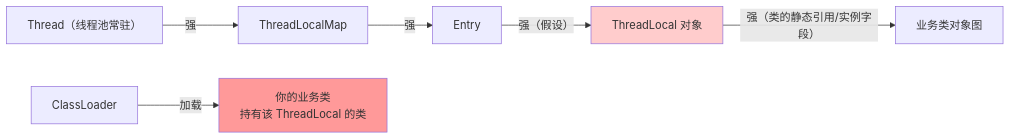
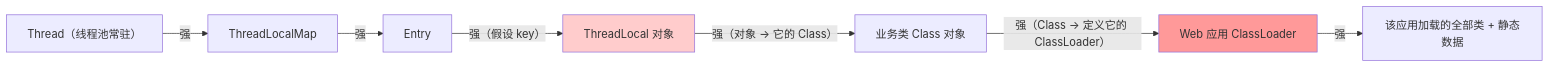
The second of 3 diagrams in kb/技术/Java/ThreadLocal 弱引用设计与内存泄漏.md (reallyhwc/ans-ai-auto-notes), drawn with Mermaid before and after one commit. The commit also changed other lines of this file and 4 other files, not shown here.

First line of the commit message:
docs(kb): ThreadLocal 笔记按 kb-auditor 审计修复（P0×3 + P1×4 + P2×4）

````diff
--- a/kb/技术/Java/ThreadLocal 弱引用设计与内存泄漏.md
+++ b/kb/技术/Java/ThreadLocal 弱引用设计与内存泄漏.md
@@ -112,11 +112,12 @@
 ```mermaid
 graph LR
     T1["Thread（线程池常驻）"] -->|强| M1["ThreadLocalMap"]
     M1 -->|强| E1["Entry"]
-    E1 -->|"强（假设）"| TL1["ThreadLocal 对象"]
-    CL["ClassLoader"] -->|加载| C["你的业务类<br/>持有该 ThreadLocal 的类"]
-    TL1 -->|"强（类的静态引用/实例字段）"| C2["业务类对象图"]
+    E1 -->|"强（假设 key）"| TL1["ThreadLocal 对象"]
+    TL1 -->|"强（对象 → 它的 Class）"| C["业务类 Class 对象"]
+    C -->|"强（Class → 定义它的 ClassLoader）"| CL["Web 应用 ClassLoader"]
+    CL -->|强| ALL["该应用加载的全部类 + 静态数据"]
 
     style TL1 fill:#ffcccc
-    style C fill:#ff9999
+    style CL fill:#ff9999
 ```
````
